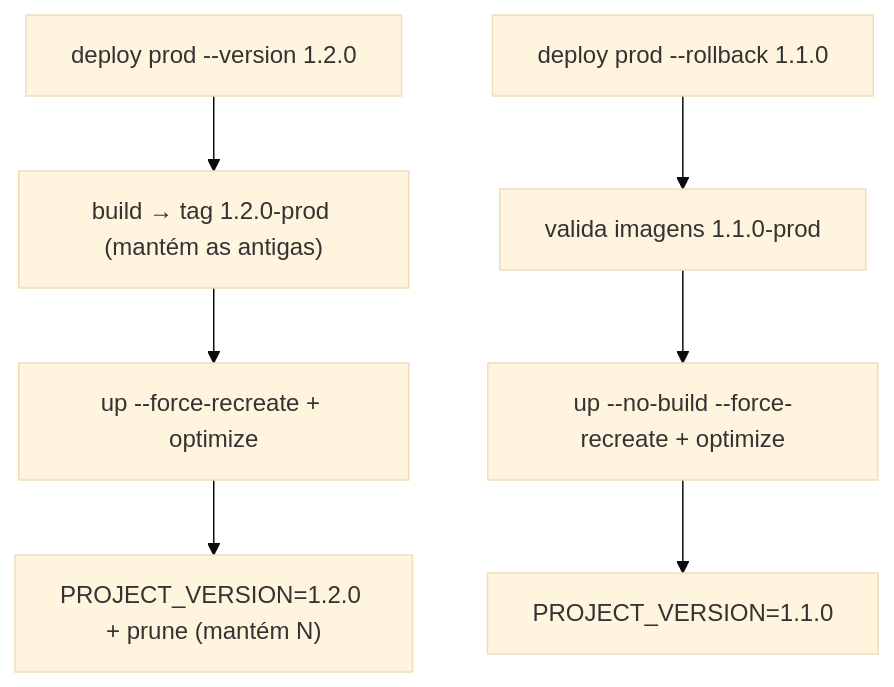
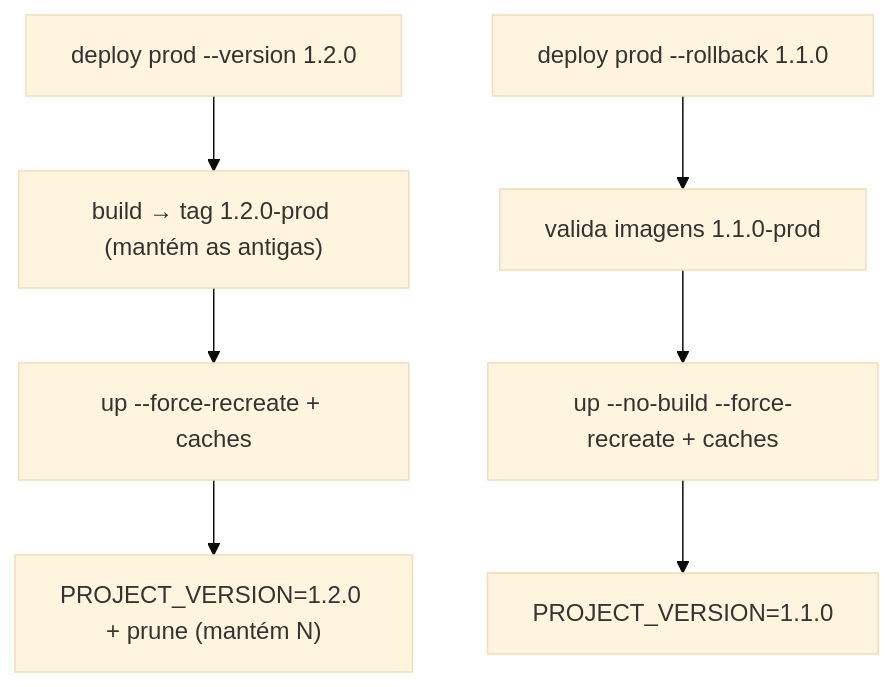
One commit to Fabriciope/laravel-docker-stack changed the second of 2 diagrams in scripts/README.md. Above: the diagram before and after it, drawn with Mermaid (base theme). The commit also changed other lines of this file and 24 other files, not shown here.

````diff
--- a/scripts/README.md
+++ b/scripts/README.md
@@ -93,10 +93,10 @@
 ```mermaid
 flowchart TD
     A["deploy prod --version 1.2.0"] --> B["build → tag 1.2.0-prod (mantém as antigas)"]
-    B --> C["up --force-recreate + optimize"]
+    B --> C["up --force-recreate + caches"]
     C --> D["PROJECT_VERSION=1.2.0 + prune (mantém N)"]
 
     R["deploy prod --rollback 1.1.0"] --> S["valida imagens 1.1.0-prod"]
-    S --> T["up --no-build --force-recreate + optimize"]
+    S --> T["up --no-build --force-recreate + caches"]
     T --> U["PROJECT_VERSION=1.1.0"]
 ```
````
